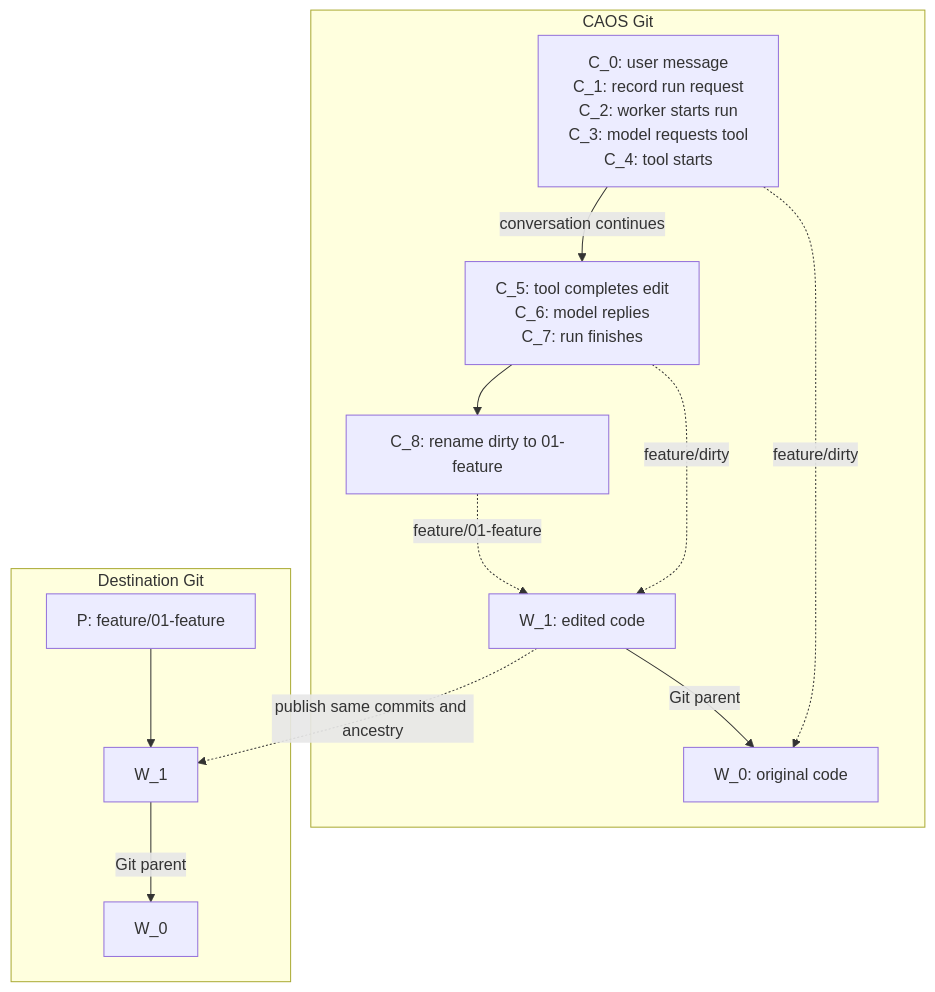
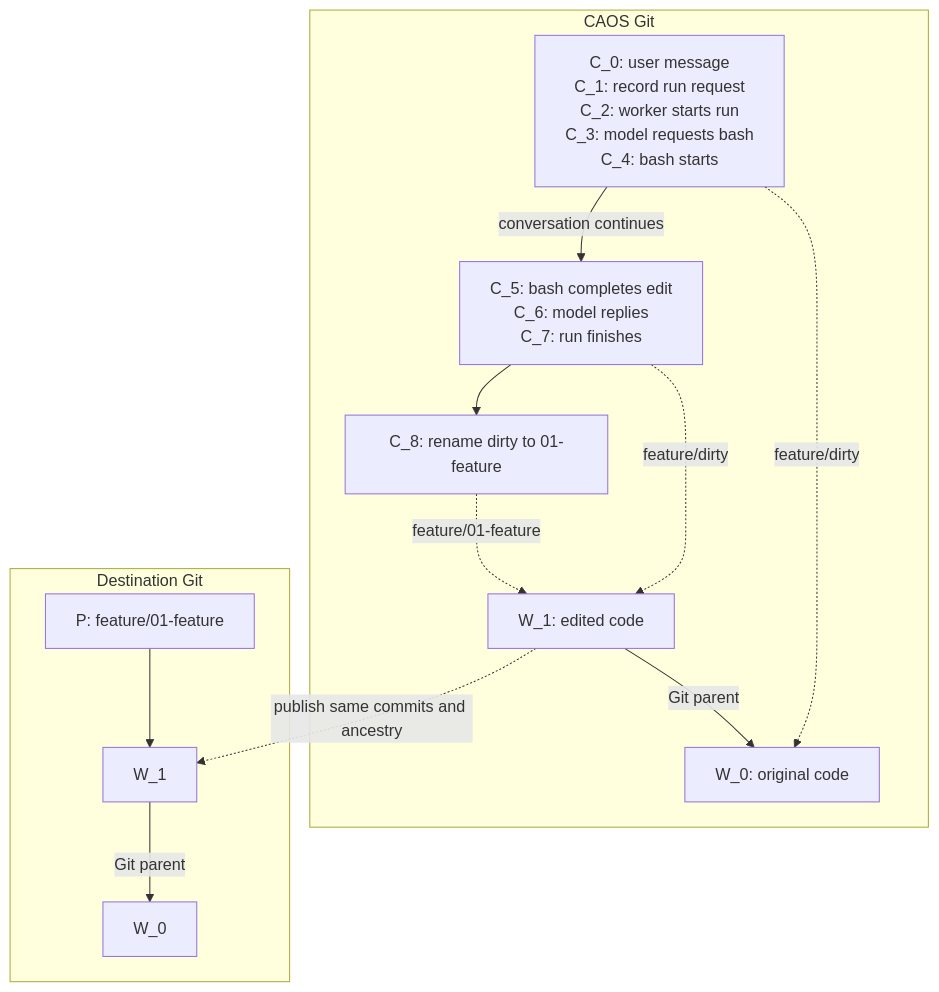
The diagram in design/chat.md (Metta-AI/caos), drawn with Mermaid before and after one commit. The commit also changed other lines of this file, not shown here.

````diff
--- a/design/chat.md
+++ b/design/chat.md
@@ -16,18 +16,18 @@
 ```mermaid
 flowchart TB
     subgraph caos["CAOS Git"]
-        before["C_0: user message<br/>C_1: record run request<br/>C_2: worker starts run<br/>C_3: model requests tool<br/>C_4: tool starts"]
-        after["C_5: tool completes edit<br/>C_6: model replies<br/>C_7: run finishes"]
+        before["C_0: user message<br/>C_1: record run request<br/>C_2: worker starts run<br/>C_3: model requests bash<br/>C_4: bash starts"]
+        after["C_5: bash completes edit<br/>C_6: model replies<br/>C_7: run finishes"]
         before -->|conversation continues| after
         before -.->|feature/dirty| W0["W_0: original code"]
         after -.->|feature/dirty| W1["W_1: edited code"]
         W1 -->|Git parent| W0
         after --> ready["C_8: rename dirty to 01-feature"]
         ready -.->|feature/01-feature| W1
     end
     subgraph destination["Destination Git"]
         P["P: feature/01-feature"] --> published1["W_1"]
         published1 -->|Git parent| published0["W_0"]
     end
     W1 -.->|publish same commits and ancestry| published1
 ```
````
